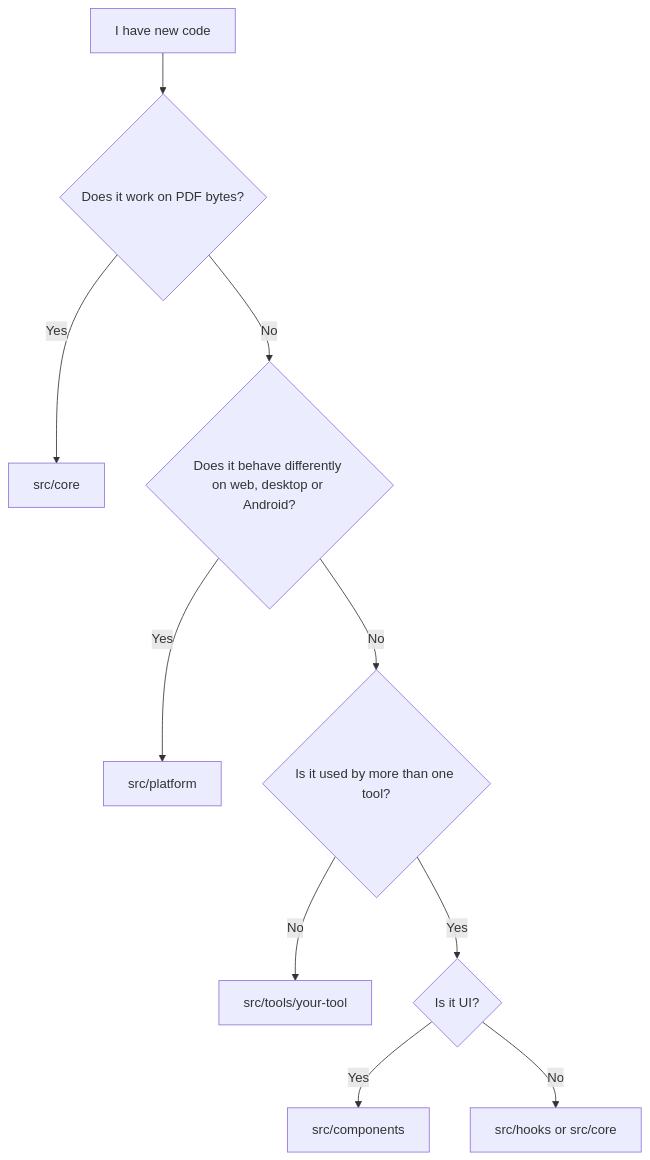
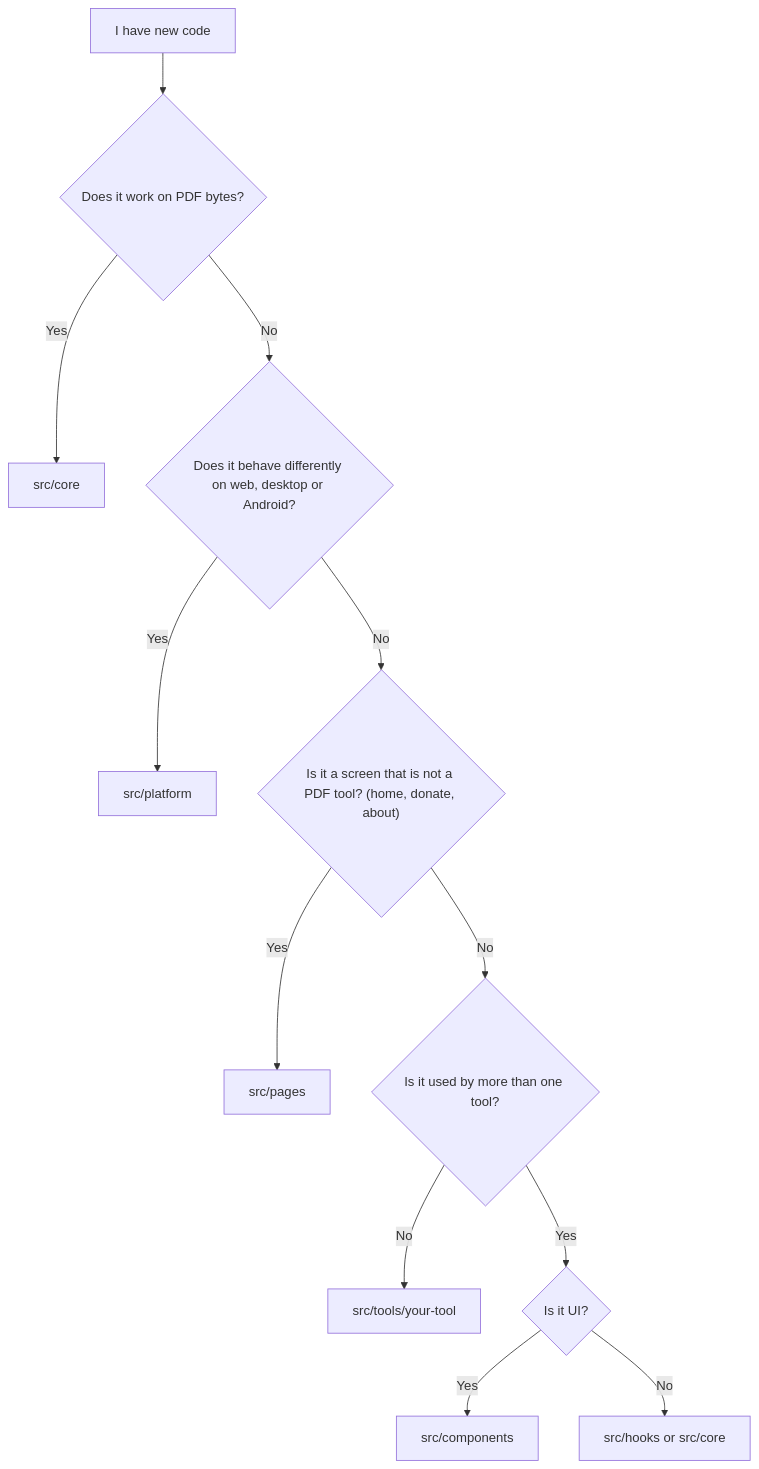
The diagram in docs/folder-guide.md (intabtools/intabpdf), drawn with Mermaid before and after one commit. The commit also changed other lines of this file and 7 other files, not shown here.

````diff
--- a/docs/folder-guide.md
+++ b/docs/folder-guide.md
@@ -9,12 +9,14 @@
 ```mermaid
 flowchart TD
     A["I have new code"] --> B{"Does it work on PDF bytes?"}
     B -- Yes --> C["src/core"]
     B -- No --> D{"Does it behave differently on web, desktop or Android?"}
     D -- Yes --> E["src/platform"]
-    D -- No --> F{"Is it used by more than one tool?"}
+    D -- No --> K{"Is it a screen that is not a PDF tool? (home, donate, about)"}
+    K -- Yes --> L["src/pages"]
+    K -- No --> F{"Is it used by more than one tool?"}
     F -- No --> J["src/tools/your-tool"]
     F -- Yes --> G{"Is it UI?"}
     G -- Yes --> H["src/components"]
     G -- No --> I["src/hooks or src/core"]
 ```
````
